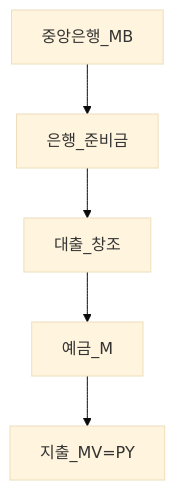
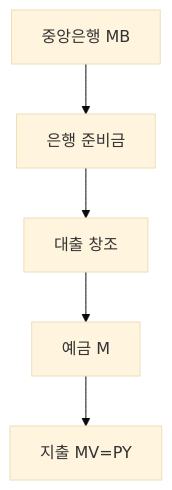
The first of 3 diagrams in 02-economics/macro-02-money-inflation.md (goldanghenry/Finances), drawn with Mermaid (base theme) before and after one commit. The commit also changed other lines of this file and 211 other files, not shown here.

````diff
--- a/02-economics/macro-02-money-inflation.md
+++ b/02-economics/macro-02-money-inflation.md
@@ -119,7 +136,7 @@
 ```mermaid
 flowchart TD
-  CB[중앙은행_MB] --> Res[은행_준비금]
-  Res --> Loan[대출_창조]
-  Loan --> Dep[예금_M]
-  Dep --> PY[지출_MV=PY]
+  CB["중앙은행 MB"] --> Res["은행 준비금"]
+  Res --> Loan["대출 창조"]
+  Loan --> Dep["예금 M"]
+  Dep --> PY["지출 MV=PY"]
 ```
````
